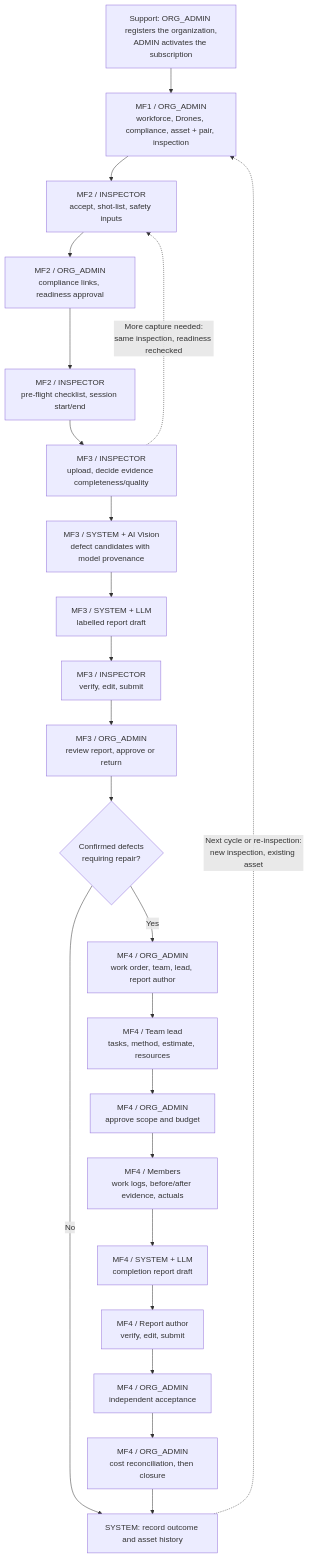
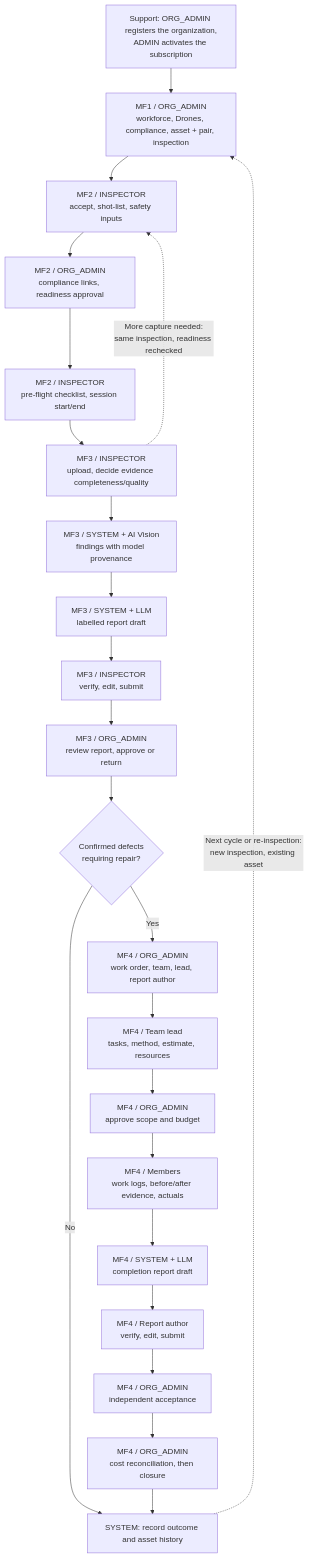
The diagram in project-reference/business-flows.md (tungbach12/SmartDroneInspection-Docs), drawn with Mermaid before and after one commit. The commit also changed other lines of this file and 14 other files, not shown here.

````diff
--- a/project-reference/business-flows.md
+++ b/project-reference/business-flows.md
@@ -63,26 +64,26 @@
 ```mermaid
 flowchart TD
   S["Support: ORG_ADMIN registers the organization,<br/>ADMIN activates the subscription"] --> A
   A["MF1 / ORG_ADMIN<br/>workforce, Drones, compliance, asset + pair, inspection"] --> B
   B["MF2 / INSPECTOR<br/>accept, shot-list, safety inputs"] --> C
   C["MF2 / ORG_ADMIN<br/>compliance links, readiness approval"] --> D
   D["MF2 / INSPECTOR<br/>pre-flight checklist, session start/end"] --> E
   E["MF3 / INSPECTOR<br/>upload, decide evidence completeness/quality"] --> V
   E -.->|"More capture needed:<br/>same inspection, readiness rechecked"| B
-  V["MF3 / SYSTEM + AI Vision<br/>defect candidates with model provenance"] --> N
+  V["MF3 / SYSTEM + AI Vision<br/>findings with model provenance"] --> N
   N["MF3 / SYSTEM + LLM<br/>labelled report draft"] --> R
   R["MF3 / INSPECTOR<br/>verify, edit, submit"] --> F
   F["MF3 / ORG_ADMIN<br/>review report, approve or return"] --> G
   G{"Confirmed defects<br/>requiring repair?"}
   G -->|"No"| Z["SYSTEM: record outcome and asset history"]
   G -->|"Yes"| T
   T["MF4 / ORG_ADMIN<br/>work order, team, lead, report author"] --> P
   P["MF4 / Team lead<br/>tasks, method, estimate, resources"] --> Q
   Q["MF4 / ORG_ADMIN<br/>approve scope and budget"] --> W
   W["MF4 / Members<br/>work logs, before/after evidence, actuals"] --> H
   H["MF4 / SYSTEM + LLM<br/>completion report draft"] --> I
   I["MF4 / Report author<br/>verify, edit, submit"] --> J
   J["MF4 / ORG_ADMIN<br/>independent acceptance"] --> K
   K["MF4 / ORG_ADMIN<br/>cost reconciliation, then closure"] --> Z
   Z -.->|"Next cycle or re-inspection:<br/>new inspection, existing asset"| A
 ```
````
